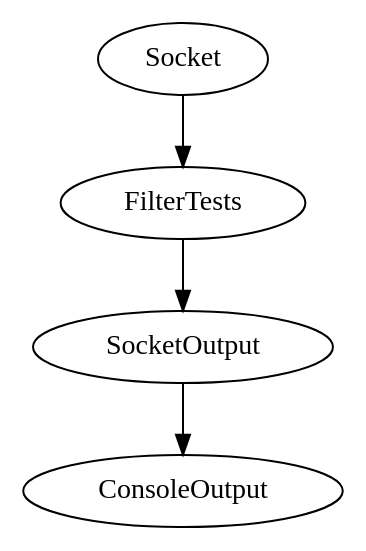
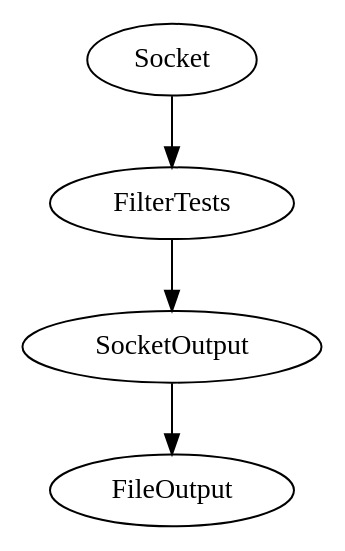
Before and after one commit to sinkingpoint/clogger: the diagram in config.dot, drawn with Graphviz. The commit also changed 9 other files, not shown here.

```diff
--- a/config.dot
+++ b/config.dot
@@ -1,9 +1,9 @@
 digraph pipeline {
   Socket [type=tcp parser=newline]
-  ConsoleOutput [type=stdout format=console color=true]
+  FileOutput [type=file format=console path="cats.txt"]
   FilterTests [type=tengo file="test.tengo"]
   SocketOutput [type=tcp destination="localhost:8080" format=json]
 
   Socket -> FilterTests -> SocketOutput
-  SocketOutput -> ConsoleOutput [type=Buffer]
+  SocketOutput -> FileOutput [type=Buffer]
 }
```
